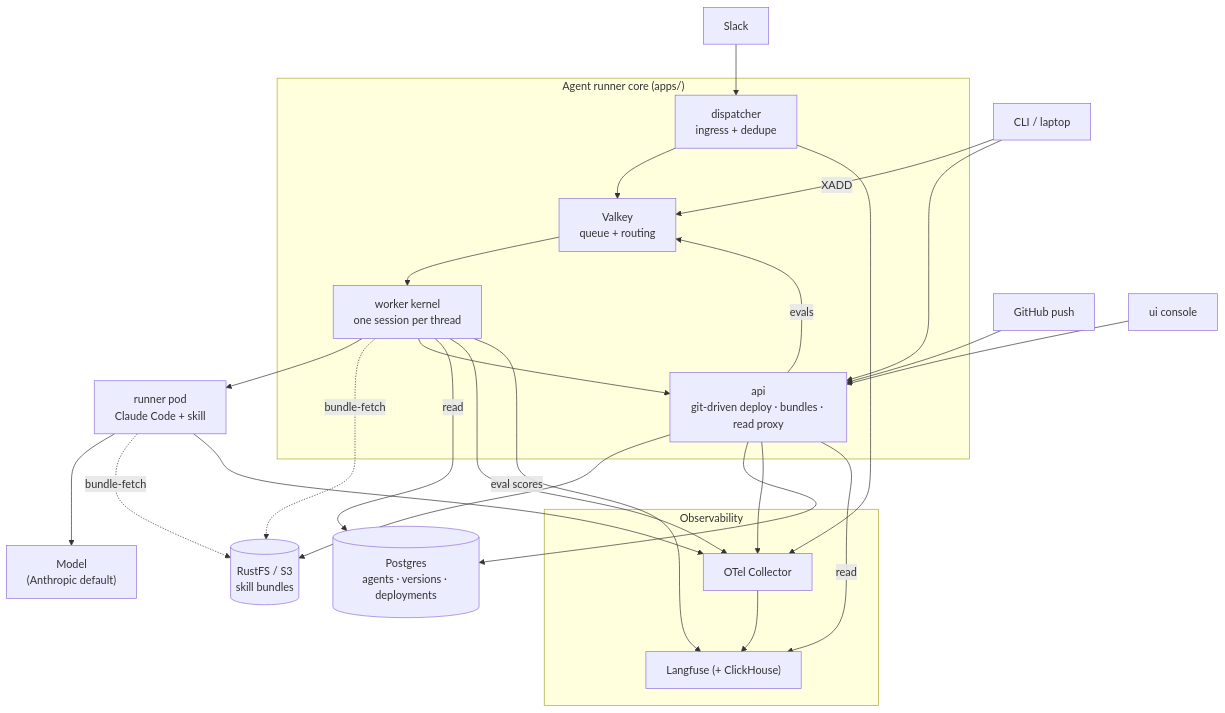
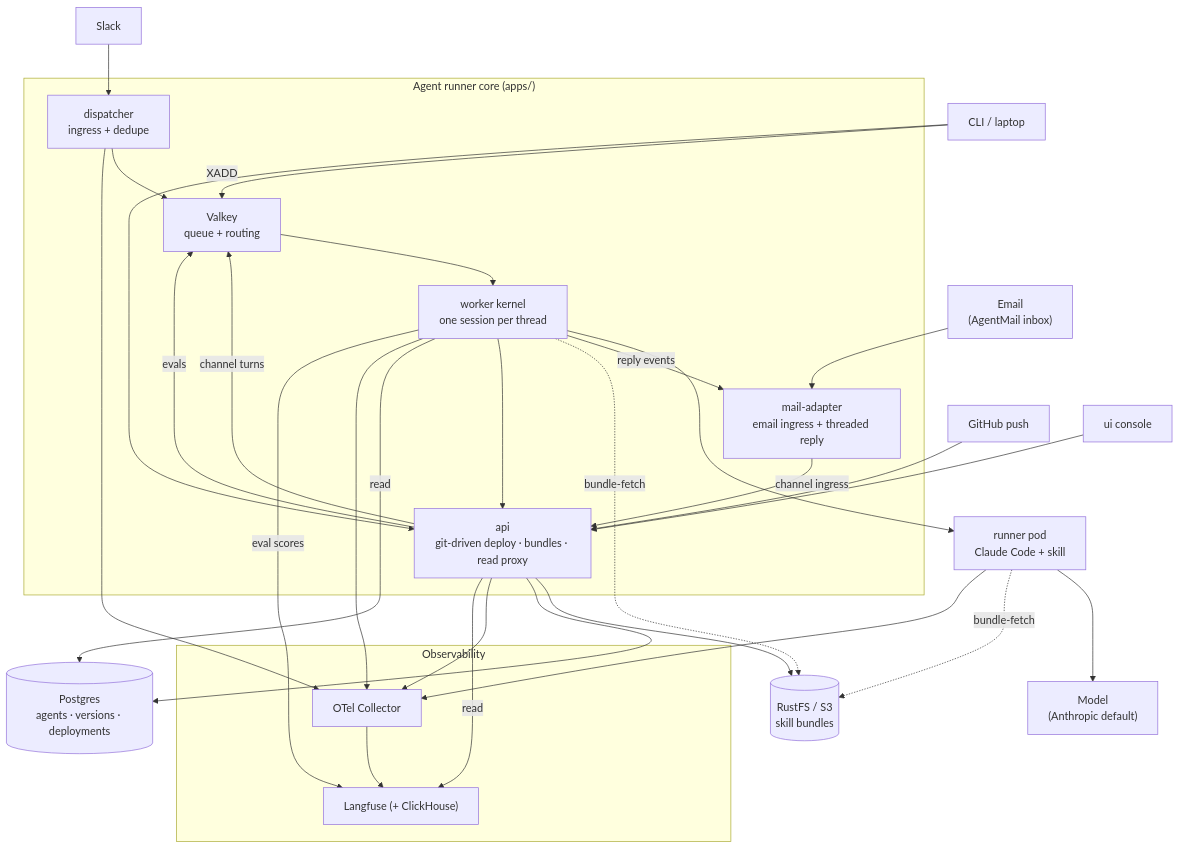
One commit to curie-eng/agentos changed the first of 3 diagrams in ARCHITECTURE.md. Above: the diagram before and after it, drawn with Mermaid. The commit also changed other lines of this file and 7 other files, not shown here.

````diff
--- a/ARCHITECTURE.md
+++ b/ARCHITECTURE.md
@@ -137,46 +137,52 @@
 ```mermaid
 flowchart TB
     Slack["Slack"]
+    Email["Email<br/>(AgentMail inbox)"]
     CLI["CLI / laptop"]
     GH["GitHub push"]
 
     subgraph core["Agent runner core (apps/)"]
         Dispatcher["dispatcher<br/>ingress + dedupe"]
+        MailAdapter["mail-adapter<br/>email ingress + threaded reply"]
         Queue["Valkey<br/>queue + routing"]
         Worker["worker kernel<br/>one session per thread"]
         API["api<br/>git-driven deploy · bundles · read proxy"]
     end
 
     Sandbox["runner pod<br/>Claude Code + skill"]
     Anthropic["Model<br/>(Anthropic default)"]
 
     UI["ui console"]
     Store[("RustFS / S3<br/>skill bundles")]
     PG[("Postgres<br/>agents · versions · deployments")]
 
     subgraph obs["Observability"]
         OTel["OTel Collector"]
         LF["Langfuse (+ ClickHouse)"]
         OTel --> LF
     end
 
     Slack --> Dispatcher
+    Email --> MailAdapter
     CLI -- XADD --> Queue
     CLI --> API
     GH --> API
     Dispatcher --> Queue --> Worker --> Sandbox --> Anthropic
+    MailAdapter -- channel ingress --> API
+    API -- channel turns --> Queue
+    Worker -- reply events --> MailAdapter
     API -- evals --> Queue
     Sandbox -. bundle-fetch .-> Store
     Worker -. bundle-fetch .-> Store
     Worker --> API
     Worker -- read --> PG
     API --> Store
     API --> PG
     UI --> API
     Dispatcher --> OTel
     Worker --> OTel
     Sandbox --> OTel
     API --> OTel
     Worker -- eval scores --> LF
     API -- read --> LF
 ```
````
